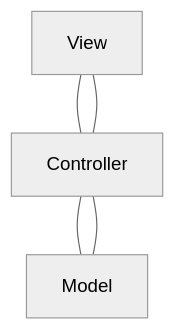
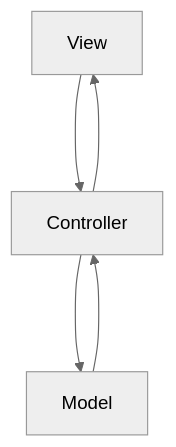
One commit to AgneseBruglia/PA2024 changed the first of 8 diagrams in README.md. Above: the diagram before and after it, drawn with Mermaid (neutral theme).

````diff
--- a/README.md
+++ b/README.md
@@ -18,7 +18,7 @@
 ```mermaid
 graph TD;
-    View --- Controller;
-    Controller --- View;
-    Controller --- Model;
-    Model --- Controller
+    View ---> Controller;
+    Controller ---> View;
+    Controller ---> Model;
+    Model ---> Controller
 ```
````
